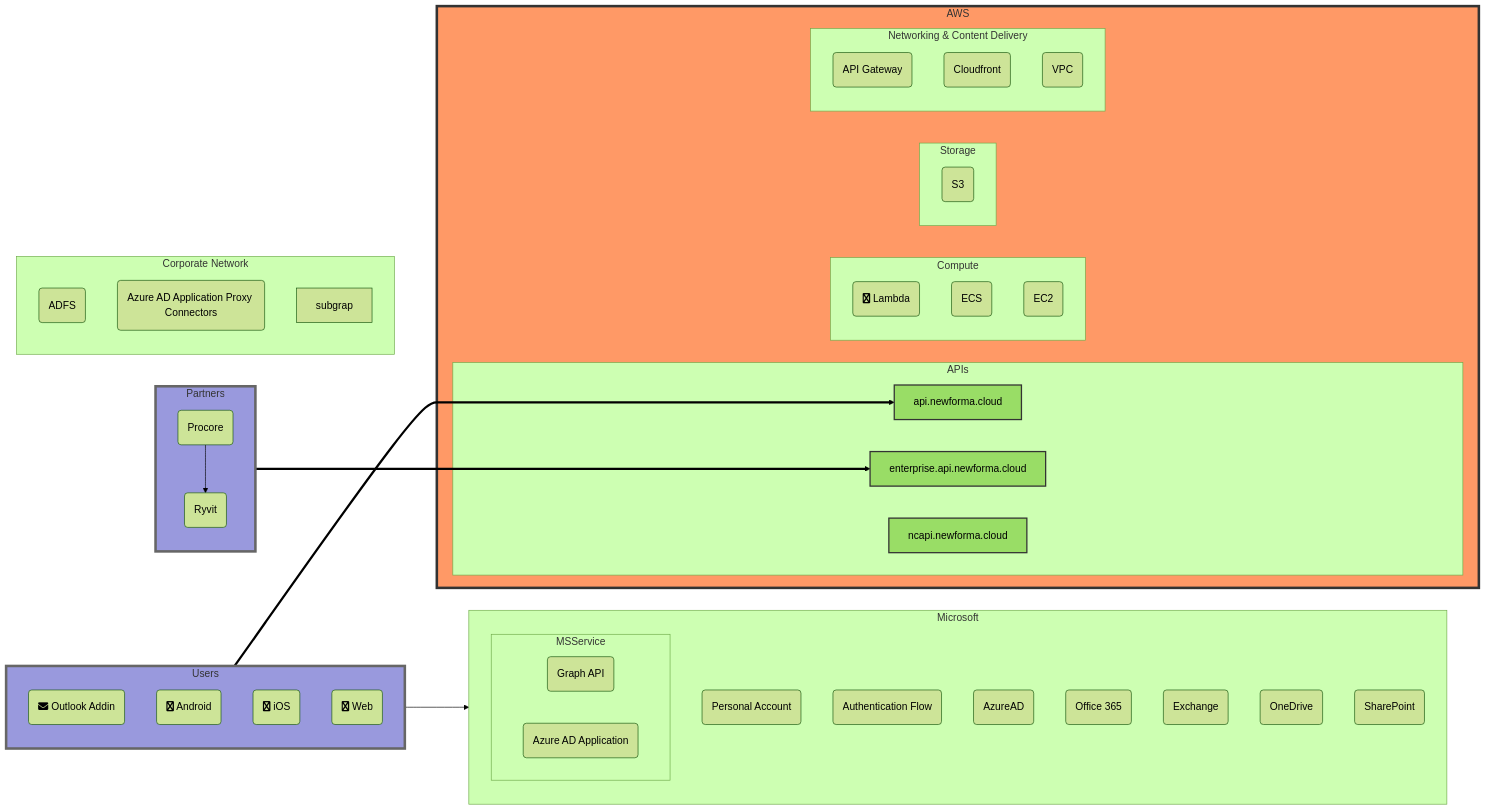
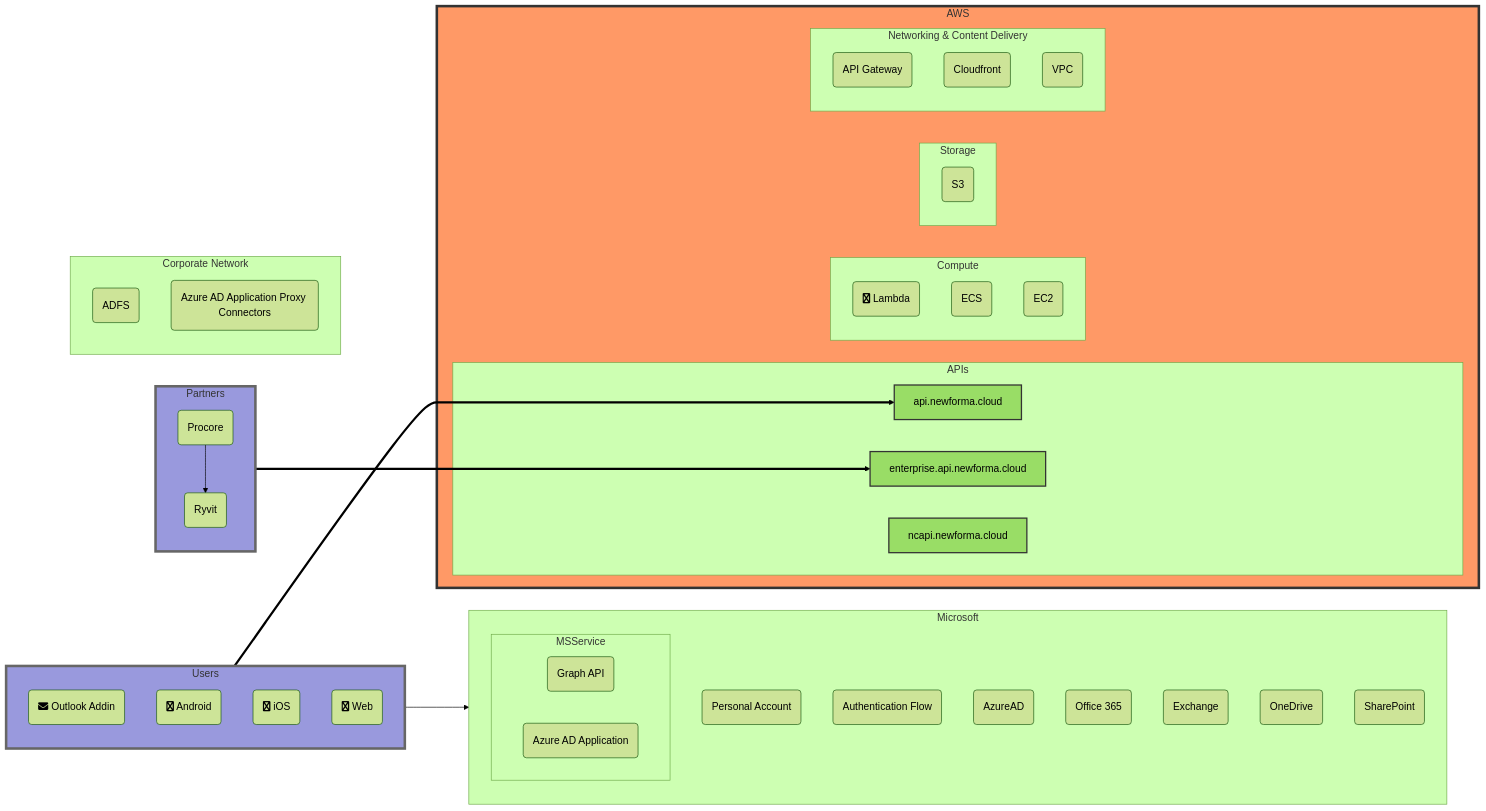
Before and after one commit to Newforma/Newforma-inc-security-policy-procedures: the diagram in Architecture_Overview.md, drawn with Mermaid (forest theme).

Commit message:
Update Architecture_Overview.md
Formatting fixes.

````diff
--- a/Architecture_Overview.md
+++ b/Architecture_Overview.md
@@ -1,73 +1,65 @@
 ```mermaid
-flowchart LR
-    subgraph Users
-        Outlook(fa:fa-envelope Outlook Addin)
-        Android(fa:fa-android Android)
-        iOS(fa:fa-apple iOS)
-        Web(fa:fa-chrome Web)
-    end
+flowchart LR;
+    subgraph Users;
+        Outlook(fa:fa-envelope Outlook Addin);
+        Android(fa:fa-android Android);
+        iOS(fa:fa-apple iOS);
+        Web(fa:fa-chrome Web);
+    end;
     
-    subgraph Partners
-        Procore(Procore) --> Ryvit(Ryvit)
-    end
+    subgraph Partners;
+        Procore(Procore) --> Ryvit(Ryvit);
+    end;
     
-    subgraph Microsoft
-        Personal(Personal Account)
-        AuthFlow(Authentication Flow)
-        AzureAD(AzureAD)
-        subgraph MSService
-            GraphAPI(Graph API)
-            AzureADApp(Azure AD Application)
-        end
-        Office365(Office 365)
-        Exchange(Exchange)
-        OneDrive(OneDrive)
-        SharePoint(SharePoint)
-    end
+    subgraph Microsoft;
+        Personal(Personal Account);
+        AuthFlow(Authentication Flow);
+        AzureAD(AzureAD);
+        subgraph MSService;
+            GraphAPI(Graph API);
+            AzureADApp(Azure AD Application);
+        end;
+        Office365(Office 365);
+        Exchange(Exchange);
+        OneDrive(OneDrive);
+        SharePoint(SharePoint);
+    end;
 
-    subgraph AWS
-        subgraph APIs
-            api[api.newforma.cloud]
-            eapi[enterprise.api.newforma.cloud]
-            ncapi[ncapi.newforma.cloud]
-        end
-        subgraph Compute
-            Lambda(fa:fa-amazon Lambda)
-            ECS(ECS)
-            EC2(EC2)
-        end
-        subgraph Storage
-            S3(S3)
-        end
-        subgraph Networking & Content Delivery
-            API_Gateway(API Gateway)
-            Cloudfront(Cloudfront)
-            VPC(VPC)
-        end
-    end
-    subgraph Corporate Network
-        ADFS(ADFS)
-        AzureProxy(Azure AD Application Proxy Connectors)
-        subgrap
+    subgraph AWS;
+        subgraph APIs;
+            api[api.newforma.cloud];
+            eapi[enterprise.api.newforma.cloud];
+            ncapi[ncapi.newforma.cloud];
+        end;
+        subgraph Compute;
+            Lambda(fa:fa-amazon Lambda);
+            ECS(ECS);
+            EC2(EC2);
+        end;
+        subgraph Storage;
+            S3(S3);
+        end;
+        subgraph Networking & Content Delivery;
+            API_Gateway(API Gateway);
+            Cloudfront(Cloudfront);
+            VPC(VPC);
+        end;
+    end;
+    subgraph Corporate Network;
+        ADFS(ADFS);
+        AzureProxy(Azure AD Application Proxy Connectors);
+    end;
 
-    end
+    Users-->Microsoft;
 
-    Users-->Microsoft
+    Partners==>eapi;
+    Users==>api;
 
-    Partners==>eapi
-    Users==>api
+    classDef green fill:#9d6,stroke:#333,stroke-width:2px
+    classDef orange fill:#f96,stroke:#333,stroke-width:4px
+    classDef blue fill:#99d,stroke:#666,stroke-width:4px
 
-    %% Notice that no text in shape are added here instead that is appended further down
-    %% e --> od3>Really long text with linebreak<br>in an Odd shape]
-
-    %% Comments after double percent signs
-    %% e((Inner / circle<br>and some odd <br>special characters)) --> f(,.?!+-*ز)
-
-     classDef green fill:#9d6,stroke:#333,stroke-width:2px
-     classDef orange fill:#f96,stroke:#333,stroke-width:4px
-     classDef blue fill:#99d,stroke:#666,stroke-width:4px
-
-     class Users,Partners blue
-     class api,eapi,ncapi green
-     class AWS orange
+    class Users,Partners blue
+    class api,eapi,ncapi green
+    class AWS orange
 ```
````
